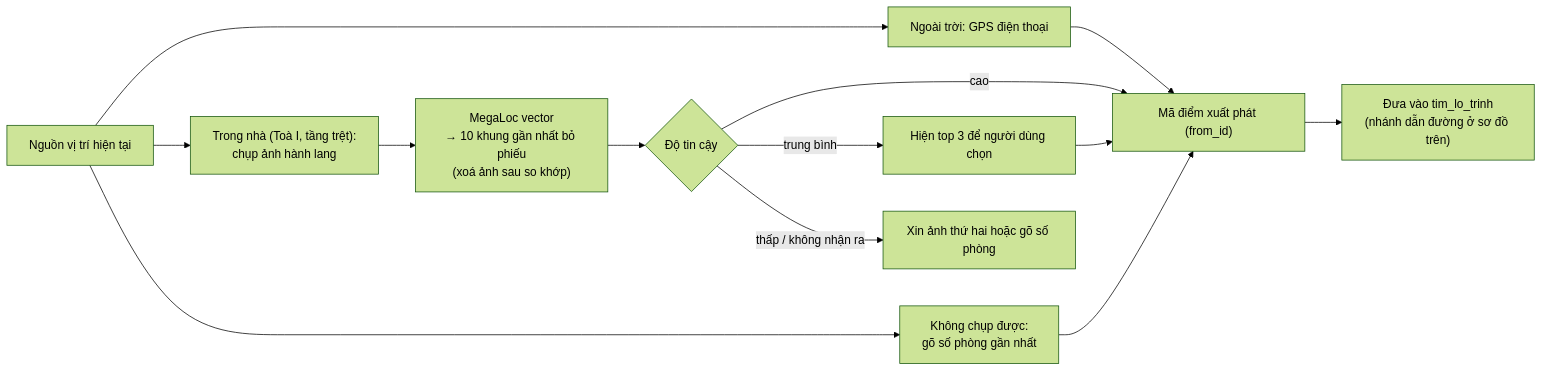
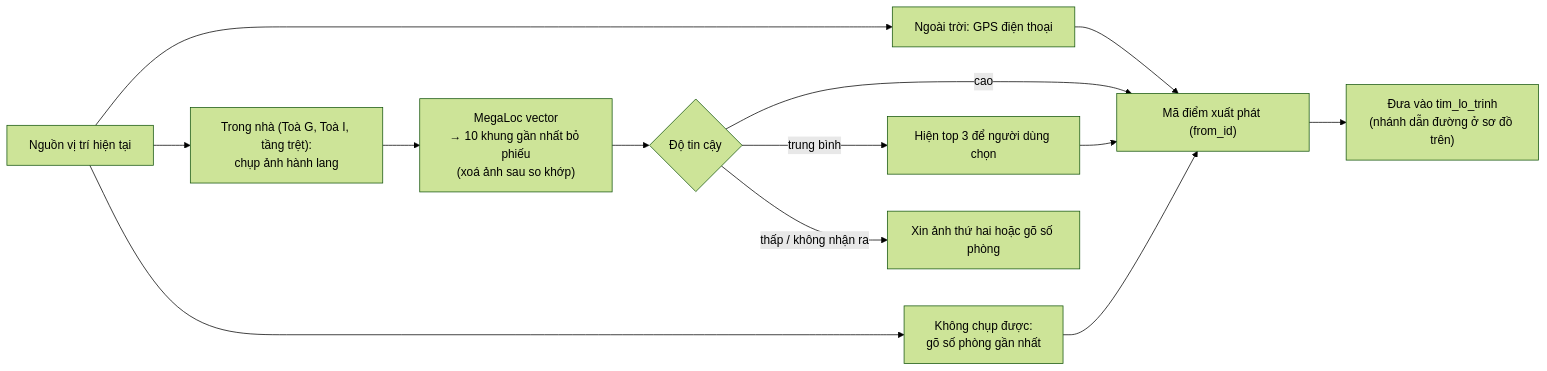
Before and after one commit to HoangHongNgo/K5-Day15-L3B-Sunshine: the second of 2 diagrams in spec.md, drawn with Mermaid (forest theme). The commit also changed other lines of this file and 9 other files, not shown here.

````diff
--- a/spec.md
+++ b/spec.md
@@ -60,15 +60,15 @@
 ```mermaid
 flowchart LR
   S["Nguồn vị trí hiện tại"] --> GPS["Ngoài trời: GPS điện thoại"]
-  S --> IMG["Trong nhà (Toà I, tầng trệt):<br/>chụp ảnh hành lang"]
+  S --> IMG["Trong nhà (Toà G, Toà I, tầng trệt):<br/>chụp ảnh hành lang"]
   S --> ROOM["Không chụp được:<br/>gõ số phòng gần nhất"]
   IMG --> ML["MegaLoc vector<br/>→ 10 khung gần nhất bỏ phiếu<br/>(xoá ảnh sau so khớp)"]
   ML --> CONF{"Độ tin cậy"}
   CONF -- "cao" --> NODE["Mã điểm xuất phát (from_id)"]
   CONF -- "trung bình" --> TOP3["Hiện top 3 để người dùng chọn"]
   CONF -- "thấp / không nhận ra" --> RETRY["Xin ảnh thứ hai hoặc gõ số phòng"]
   TOP3 --> NODE
   GPS --> NODE
   ROOM --> NODE
   NODE --> ROUTE["Đưa vào tim_lo_trinh<br/>(nhánh dẫn đường ở sơ đồ trên)"]
 ```
````
